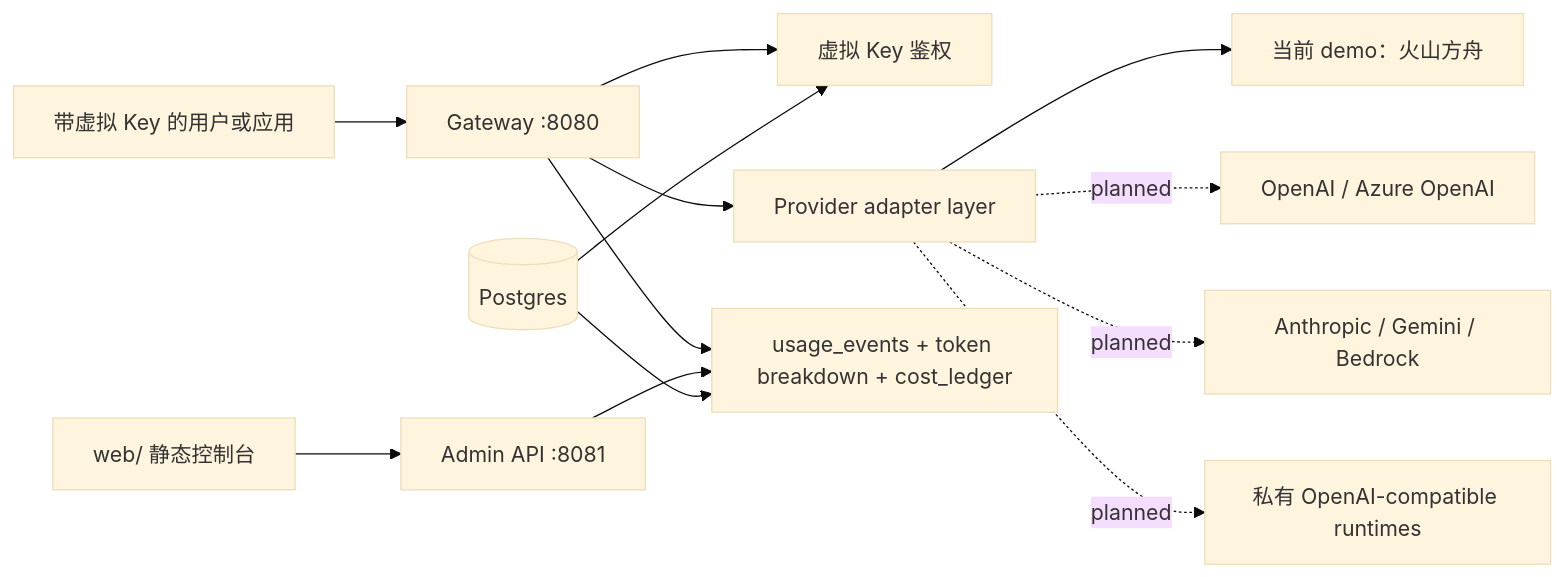
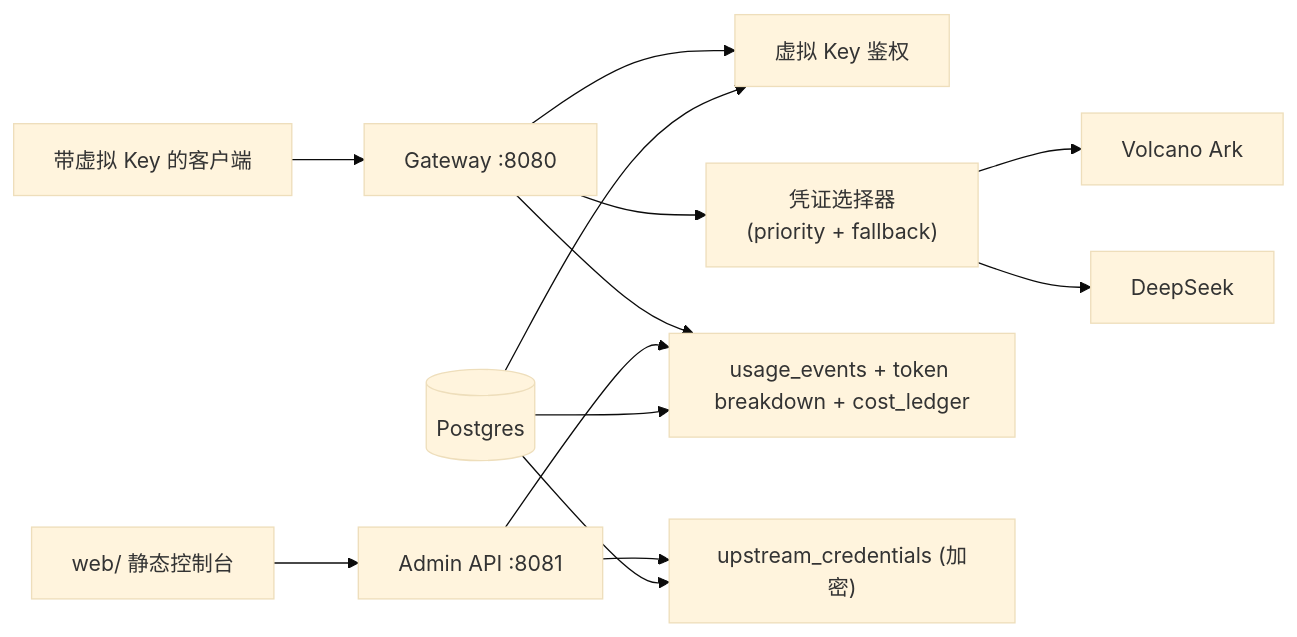
The diagram in README.zh-CN.md (CcCalana/omnitoken), drawn with Mermaid (base theme) before and after one commit. The commit also changed other lines of this file and 2 other files, not shown here.

First line of the commit message:
docs: rewrite READMEs for v1 user-facing deployment

````diff
--- a/README.zh-CN.md
+++ b/README.zh-CN.md
@@ -69,15 +63,15 @@
 ```mermaid
 flowchart LR
-  User["带虚拟 Key 的用户或应用"] --> Gateway["Gateway :8080"]
+  User["带虚拟 Key 的客户端"] --> Gateway["Gateway :8080"]
   Gateway --> Auth["虚拟 Key 鉴权"]
-  Gateway --> Adapters["Provider adapter layer"]
-  Adapters --> Ark["当前 demo：火山方舟"]
-  Adapters -. planned .-> OpenAI["OpenAI / Azure OpenAI"]
-  Adapters -. planned .-> Native["Anthropic / Gemini / Bedrock"]
-  Adapters -. planned .-> Private["私有 OpenAI-compatible runtimes"]
+  Gateway --> Selector["凭证选择器<br/>(priority + fallback)"]
+  Selector --> Ark["Volcano Ark"]
+  Selector --> DeepSeek["DeepSeek"]
   Gateway --> Usage["usage_events + token breakdown + cost_ledger"]
   Admin["Admin API :8081"] --> Usage
+  Admin --> Credentials["upstream_credentials (加密)"]
   Web["web/ 静态控制台"] --> Admin
   Postgres[(Postgres)] --> Auth
   Postgres --> Usage
+  Postgres --> Credentials
 ```
````
